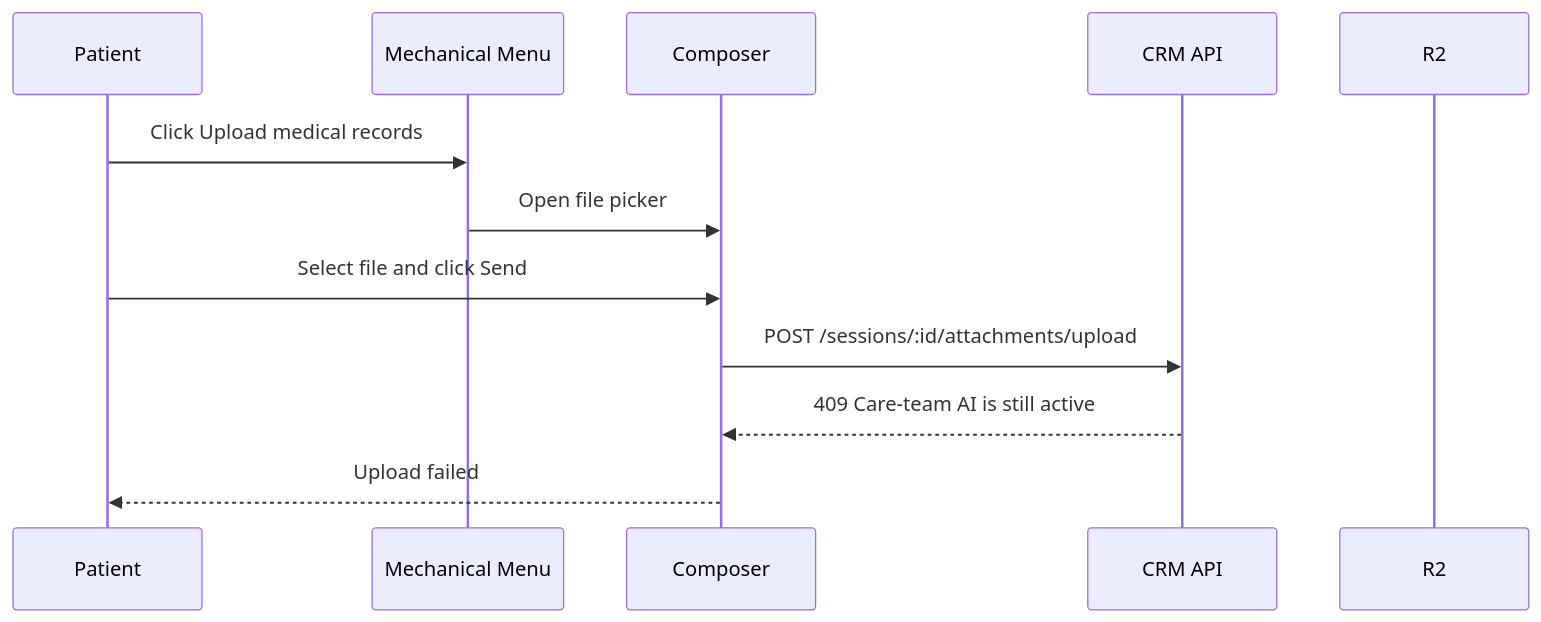
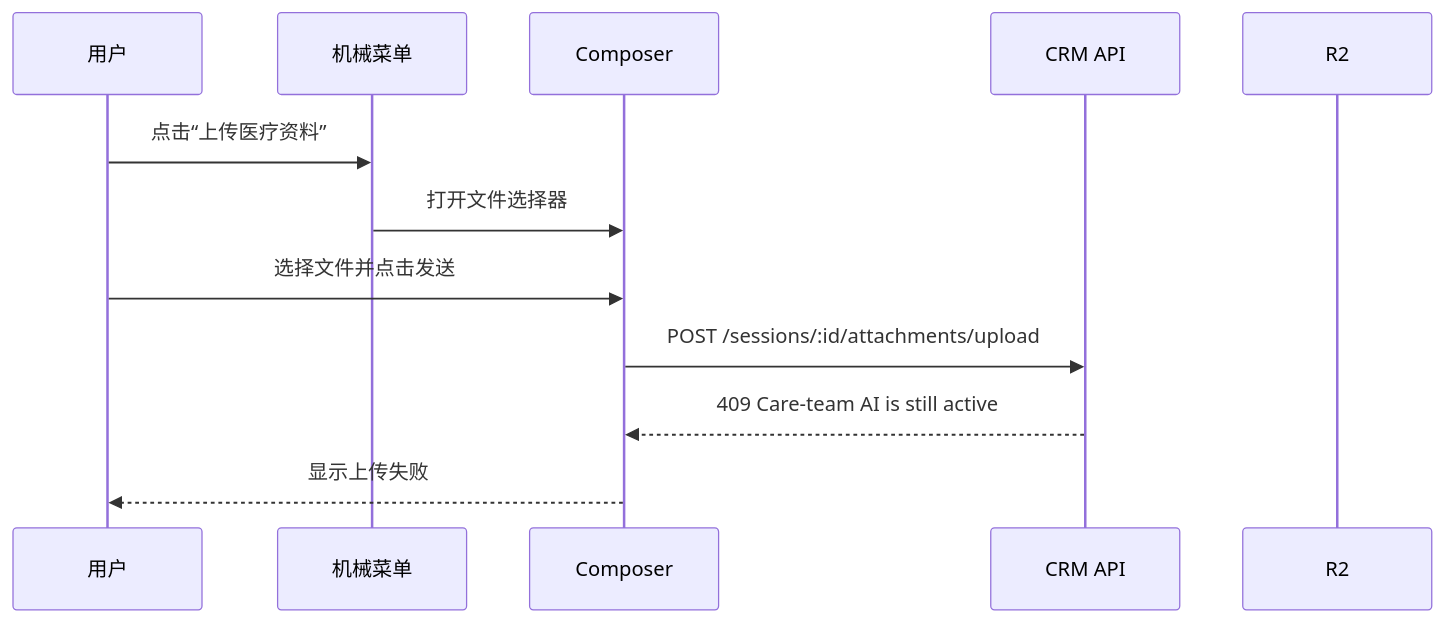
Before and after one commit to wahaHub/medicaltourismchina-platform: the first of 4 diagrams in docs/superpowers/specs/2026-06-02-mechanical-chat-state-machine-analysis.md, drawn with Mermaid. The commit also changed other lines of this file, not shown here.

First line of the commit message:
docs(chatbot): translate mechanical state spec

````diff
--- a/docs/superpowers/specs/2026-06-02-mechanical-chat-state-machine-analysis.md
+++ b/docs/superpowers/specs/2026-06-02-mechanical-chat-state-machine-analysis.md
@@ -24,15 +30,15 @@
 ```mermaid
 sequenceDiagram
-  participant U as Patient
-  participant M as Mechanical Menu
+  participant U as 用户
+  participant M as 机械菜单
   participant C as Composer
   participant API as CRM API
   participant R2 as R2
 
-  U->>M: Click Upload medical records
-  M->>C: Open file picker
-  U->>C: Select file and click Send
+  U->>M: 点击“上传医疗资料”
+  M->>C: 打开文件选择器
+  U->>C: 选择文件并点击发送
   C->>API: POST /sessions/:id/attachments/upload
   API-->>C: 409 Care-team AI is still active
-  C-->>U: Upload failed
+  C-->>U: 显示上传失败
 ```
````
